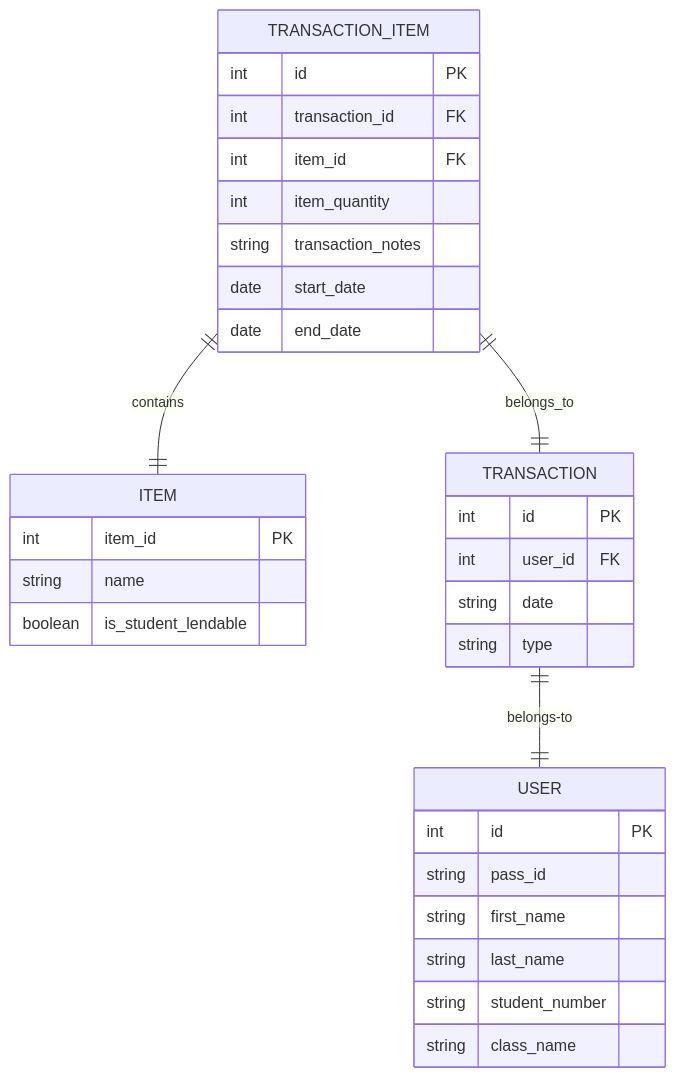
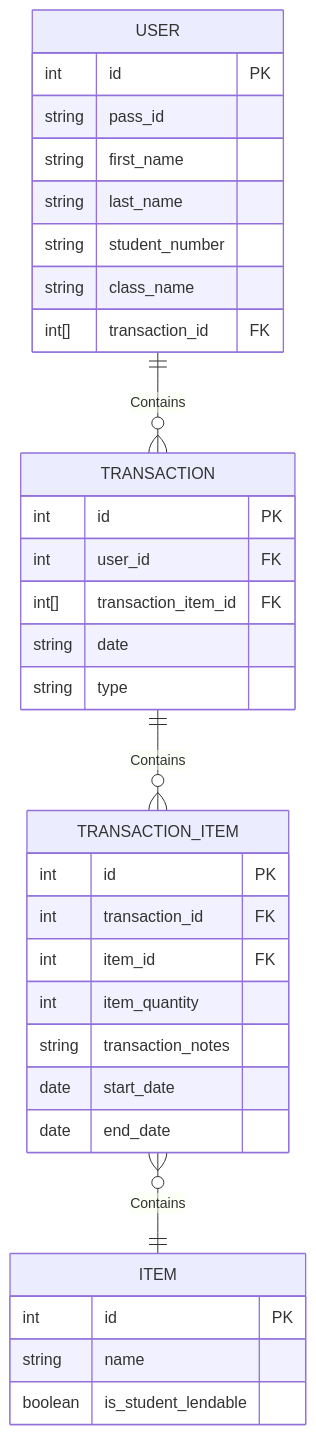
One commit to Sintayu-de-Kuiper/inventory-management-system changed the diagram in docs/SDD.md. Above: the diagram before and after it, drawn with Mermaid.

Commit message:
Fix relations

````diff
--- a/docs/SDD.md
+++ b/docs/SDD.md
@@ -7,38 +7,41 @@
 ```mermaid
 erDiagram
-    TRANSACTION_ITEM ||--|| ITEM : contains
-    TRANSACTION_ITEM ||--|| TRANSACTION : belongs_to
-    TRANSACTION ||--|| USER : belongs-to
+    USER ||--o{ TRANSACTION: Contains
+    TRANSACTION ||--o{ TRANSACTION_ITEM: Contains
+    TRANSACTION_ITEM }o--|| ITEM: Contains
 
     USER {
         int id PK
         string pass_id
         string first_name
         string last_name
         string student_number
         string class_name
+        int[] transaction_id FK
     }
 
     ITEM {
-        int item_id PK
+        int id PK
         string name
         boolean is_student_lendable
     }
 
-    TRANSACTION_ITEM{
+    TRANSACTION_ITEM {
         int id PK
         int transaction_id FK
         int item_id FK
         int item_quantity
         string transaction_notes
         date start_date
         date end_date
     }
 
     TRANSACTION{
         int id PK
         int user_id FK
+        int[] transaction_item_id FK
         string date
         string type
     }
+
 ```
````
